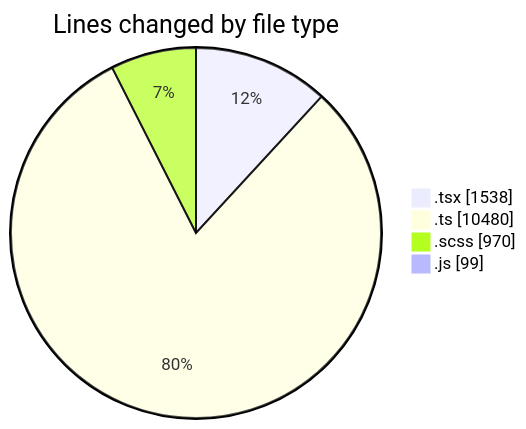
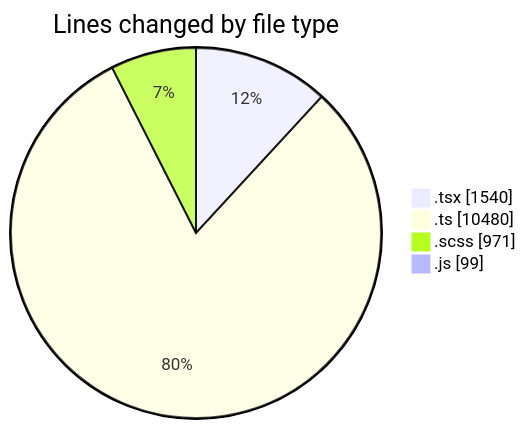
Before and after one commit to momahboobian/code-tracking: the first of 2 diagrams in 2025-03-26/cda/README.md, drawn with Mermaid. The commit also changed other lines of this file and 1 other file, not shown here.

````diff
--- a/2025-03-26/cda/README.md
+++ b/2025-03-26/cda/README.md
@@ -44,8 +44,8 @@
 ```mermaid
 pie showData
 title Lines changed by file type
-".tsx" : 1538
+".tsx" : 1540
 ".ts" : 10480
-".scss" : 970
+".scss" : 971
 ".js" : 99
 ```
````
